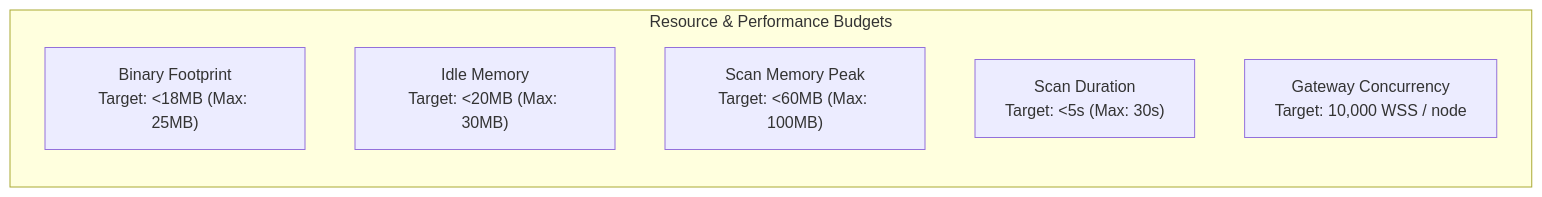
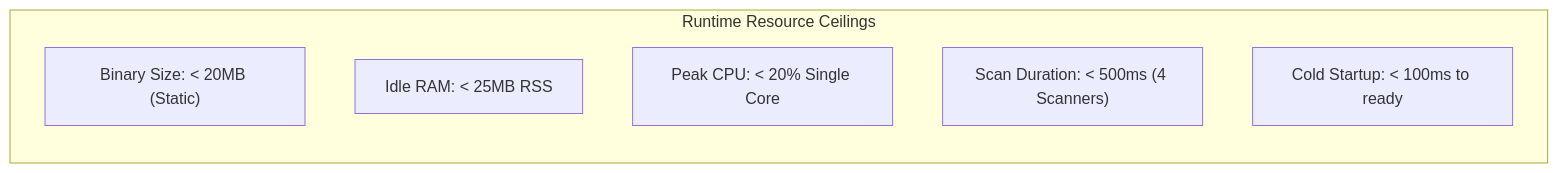
Before and after one commit to Subhadip-Paul2006/NETRA-Backend: the first of 2 diagrams in docs/TRD.md, drawn with Mermaid. The commit also changed other lines of this file and 15 other files, not shown here.

Commit message:
docs: establish authoritative open-source academic architecture & technical specification suite

````diff
--- a/docs/TRD.md
+++ b/docs/TRD.md
@@ -209,11 +44,10 @@
 ```mermaid
 flowchart LR
-    subgraph Budgets["Resource & Performance Budgets"]
-        direction TB
-        B1["Binary Footprint<br/>Target: <18MB (Max: 25MB)"]
-        B2["Idle Memory<br/>Target: <20MB (Max: 30MB)"]
-        B3["Scan Memory Peak<br/>Target: <60MB (Max: 100MB)"]
-        B4["Scan Duration<br/>Target: <5s (Max: 30s)"]
-        B5["Gateway Concurrency<br/>Target: 10,000 WSS / node"]
+    subgraph Budgets["Runtime Resource Ceilings"]
+        B1["Binary Size: < 20MB (Static)"]
+        B2["Idle RAM: < 25MB RSS"]
+        B3["Peak CPU: < 20% Single Core"]
+        B4["Scan Duration: < 500ms (4 Scanners)"]
+        B5["Cold Startup: < 100ms to ready"]
     end
 ```
````
